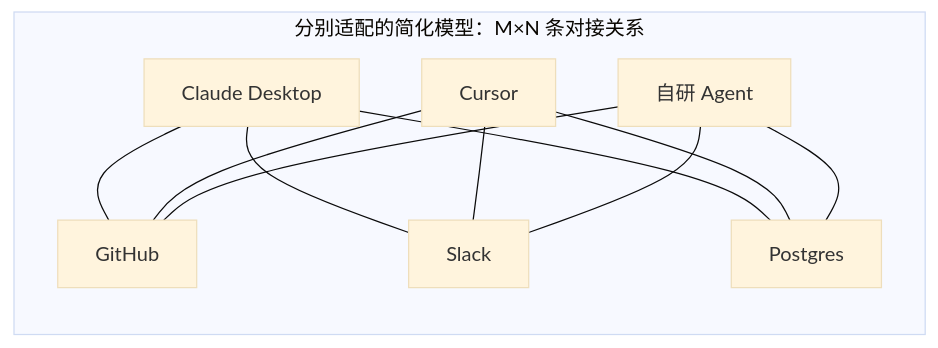
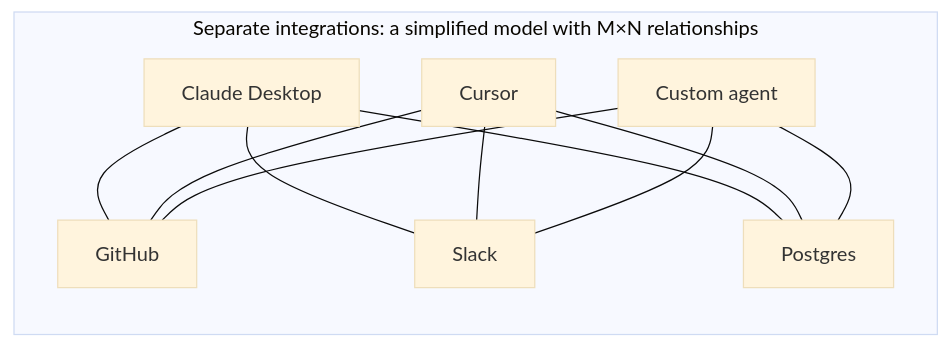
Before and after one commit to oneleaveknowsthefall/awesome-ai-roadmap: the first of 3 diagrams in docs/tools/02-mcp/04-what-is-mcp.md, drawn with Mermaid (base theme). The commit also changed other lines of this file and 42 other files, not shown here.

````diff
--- a/docs/tools/02-mcp/04-what-is-mcp.md
+++ b/docs/tools/02-mcp/04-what-is-mcp.md
@@ -32,14 +32,14 @@
 ```mermaid
 flowchart LR
-    subgraph BEFORE["分别适配的简化模型：M×N 条对接关系"]
+    subgraph BEFORE["Separate integrations: a simplified model with M×N relationships"]
         A1[Claude Desktop] --- T1[GitHub]
         A1 --- T2[Slack]
         A1 --- T3[Postgres]
         A2[Cursor] --- T1
         A2 --- T2
         A2 --- T3
-        A3[自研 Agent] --- T1
+        A3[Custom agent] --- T1
         A3 --- T2
         A3 --- T3
     end
 ```
````
